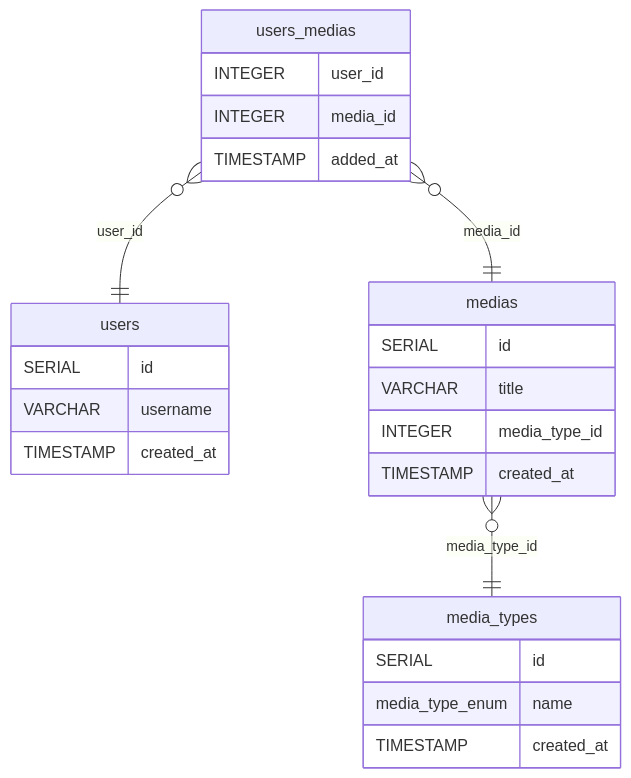
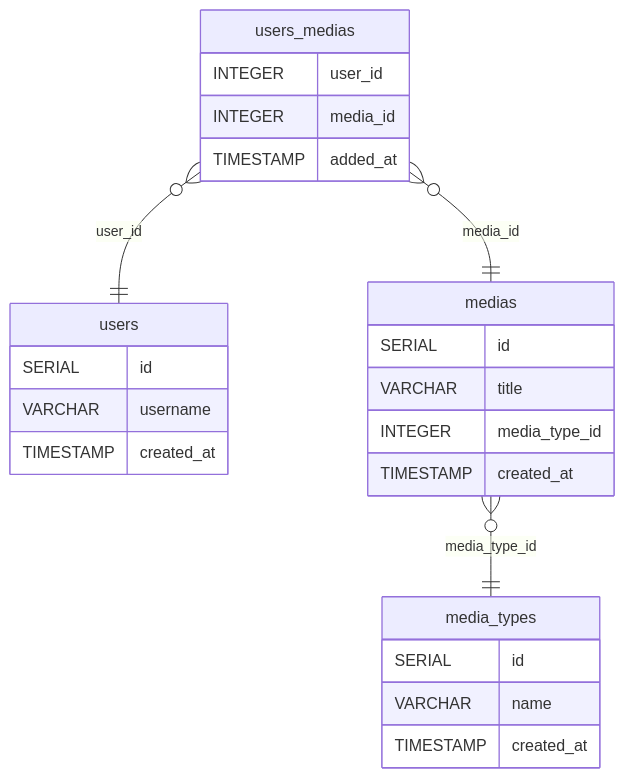
Before and after one commit to reyarqueza/media-database: the diagram in ddl.mmd, drawn with Mermaid. The commit also changed 6 other files, not shown here.

```diff
--- a/ddl.mmd
+++ b/ddl.mmd
@@ -1,27 +1,30 @@
 erDiagram
     users {
         SERIAL id
         VARCHAR username
         TIMESTAMP created_at
+        %% UNIQUE (username)
     }
     media_types {
         SERIAL id
-        media_type_enum name
+        VARCHAR name
         TIMESTAMP created_at
+        %% UNIQUE (name)
     }
     medias {
         SERIAL id
         VARCHAR title
         INTEGER media_type_id
         TIMESTAMP created_at
+        %% UNIQUE (title, media_type_id)
     }
     users_medias {
         INTEGER user_id
         INTEGER media_id
         TIMESTAMP added_at
-        %% Composite PK: (user_id, media_id)
+        %% PRIMARY KEY (user_id, media_id)
     }
 
     users_medias }o--|| users : "user_id"
     users_medias }o--|| medias : "media_id"
     medias }o--|| media_types : "media_type_id"
```
